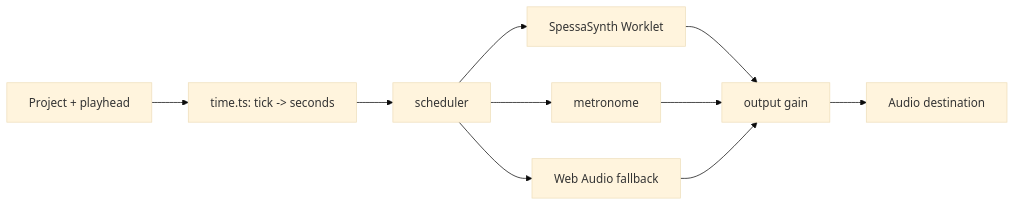
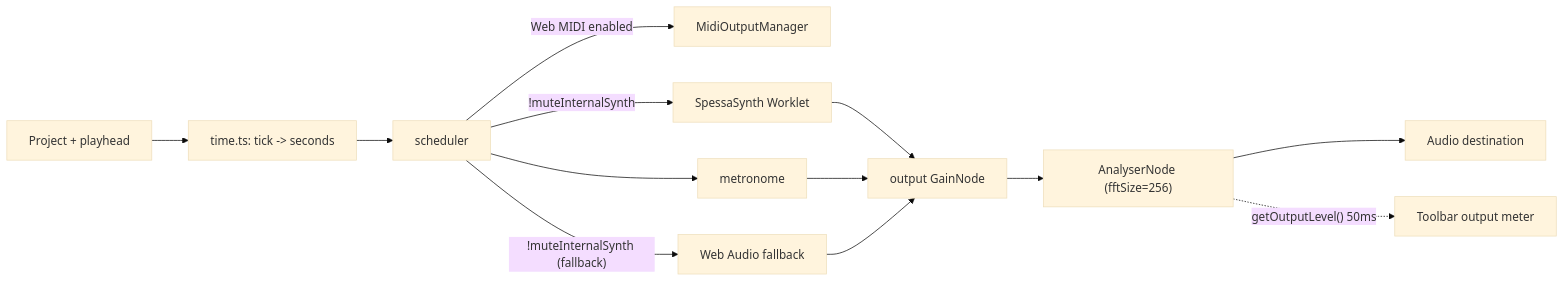
One commit to VoidState-1/SATB-Master changed the diagram in Docs/audio-midi-and-time.md. Above: the diagram before and after it, drawn with Mermaid (base theme). The commit also changed other lines of this file and 23 other files, not shown here.

````diff
--- a/Docs/audio-midi-and-time.md
+++ b/Docs/audio-midi-and-time.md
@@ -78,12 +75,15 @@
 ```mermaid
 flowchart LR
   P["Project + playhead"] --> T["time.ts: tick -> seconds"]
   T --> S["scheduler"]
-  S --> W["SpessaSynth Worklet"]
+  S -->|"Web MIDI enabled"| MO["MidiOutputManager"]
+  S -->|"!muteInternalSynth"| W["SpessaSynth Worklet"]
   S --> M["metronome"]
-  S --> F["Web Audio fallback"]
-  W --> G["output gain"]
+  S -->|"!muteInternalSynth (fallback)"| F["Web Audio fallback"]
+  W --> G["output GainNode"]
   M --> G
   F --> G
-  G --> O["Audio destination"]
+  G --> A["AnalyserNode (fftSize=256)"]
+  A --> O["Audio destination"]
+  A -.->|"getOutputLevel() 50ms"| L["Toolbar output meter"]
 ```
````
